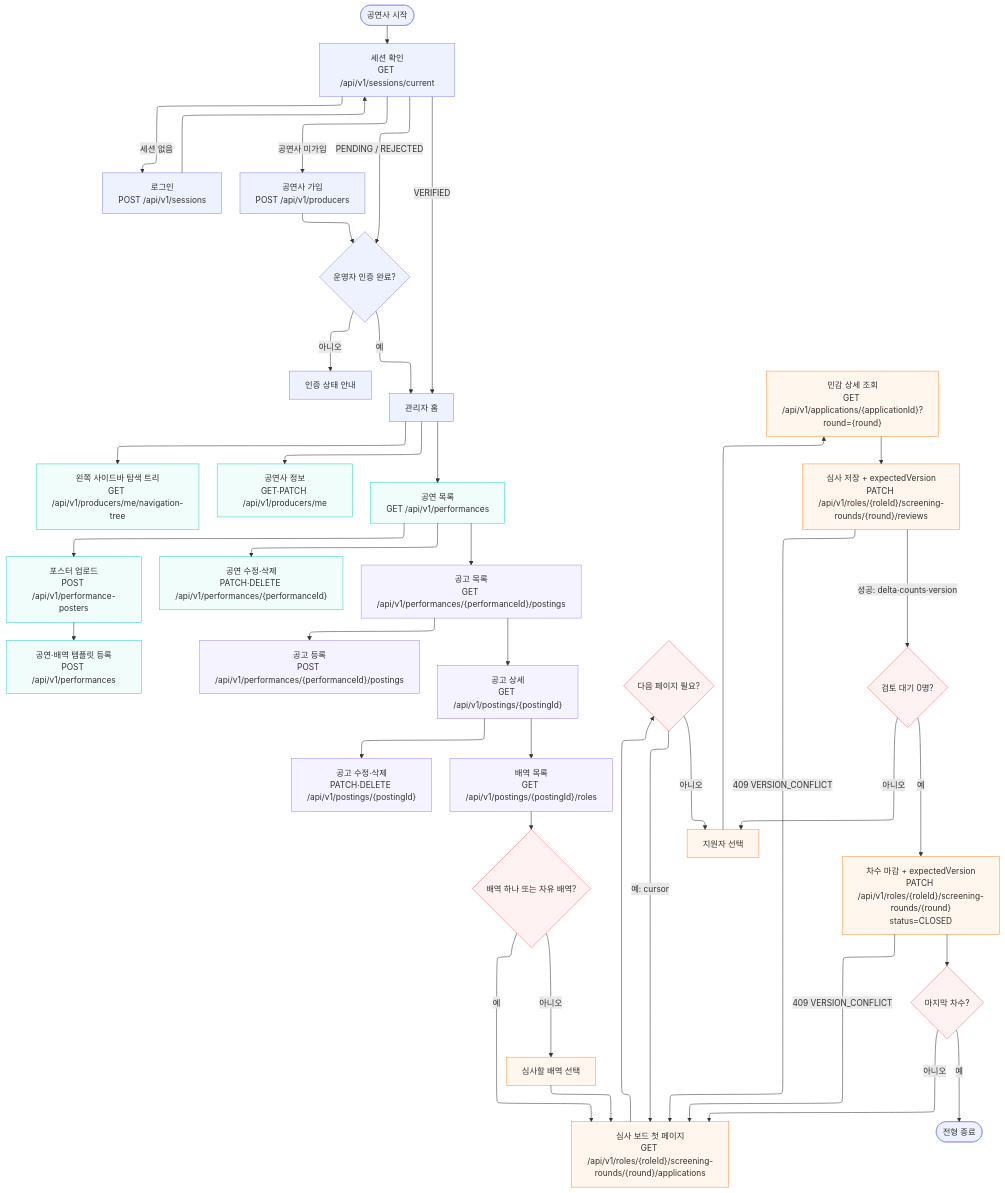
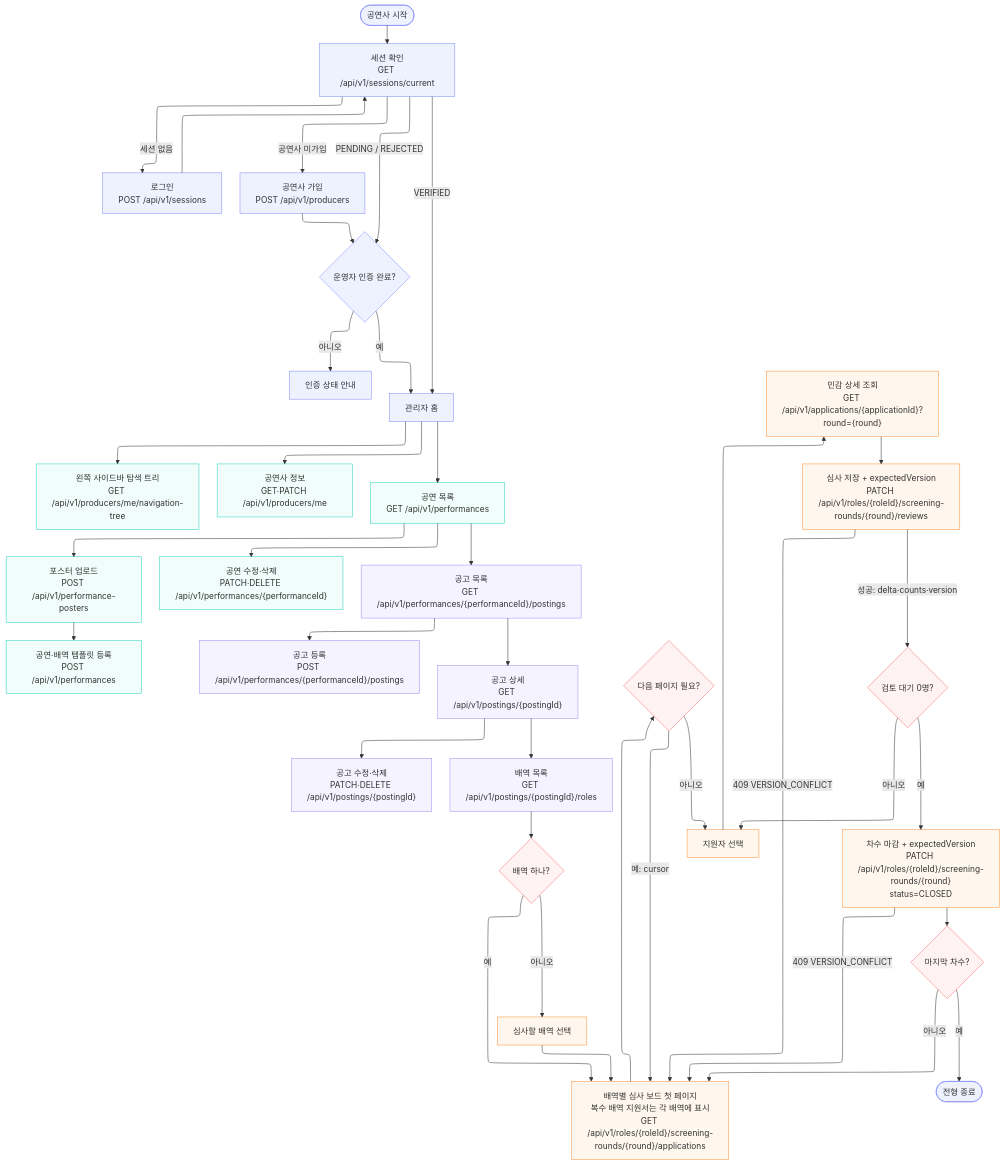
Before and after one commit to woowacourse-teams/2026-yesulin: the diagram in docs/flowchart/producer.mmd, drawn with Mermaid. The commit also changed 16 other files, not shown here.

```diff
--- a/docs/flowchart/producer.mmd
+++ b/docs/flowchart/producer.mmd
@@ -1,71 +1,71 @@
 ---
 config:
   layout: elk
 ---
 flowchart TB
     START(["공연사 시작"]) --> SESSION["세션 확인<br>GET /api/v1/sessions/current"]
     SESSION -- 세션 없음 --> LOGIN["로그인<br>POST /api/v1/sessions"]
     LOGIN --> SESSION
     SESSION -- 공연사 미가입 --> SIGNUP["공연사 가입<br>POST /api/v1/producers"]
     SIGNUP --> VERIFY{"운영자 인증 완료?"}
     SESSION -- PENDING / REJECTED --> VERIFY
     VERIFY -- 아니오 --> WAIT["인증 상태 안내"]
     VERIFY -- 예 --> HOME["관리자 홈"]
     SESSION -- VERIFIED --> HOME
     HOME --> NAV["왼쪽 사이드바 탐색 트리<br>GET /api/v1/producers/me/navigation-tree"] & PROFILE["공연사 정보<br>GET·PATCH /api/v1/producers/me"] & PERF["공연 목록<br>GET /api/v1/performances"]
     PERF --> NEW_PERF["포스터 업로드<br>POST /api/v1/performance-posters"] & EDIT_PERF["공연 수정·삭제<br>PATCH·DELETE /api/v1/performances/{performanceId}"] & POSTINGS["공고 목록<br>GET /api/v1/performances/{performanceId}/postings"]
     NEW_PERF --> CREATE_PERF["공연·배역 템플릿 등록<br>POST /api/v1/performances"]
     POSTINGS --> CREATE_POSTING["공고 등록<br>POST /api/v1/performances/{performanceId}/postings"] & POSTING_DETAIL["공고 상세<br>GET /api/v1/postings/{postingId}"]
     POSTING_DETAIL --> EDIT_POSTING["공고 수정·삭제<br>PATCH·DELETE /api/v1/postings/{postingId}"] & ROLES["배역 목록<br>GET /api/v1/postings/{postingId}/roles"]
-    ROLES --> SOLE{"배역 하나 또는 자유 배역?"}
-    SOLE -- 예 --> BOARD["심사 보드 첫 페이지<br>GET /api/v1/roles/{roleId}/screening-rounds/{round}/applications"]
+    ROLES --> SOLE{"배역 하나?"}
+    SOLE -- 예 --> BOARD["배역별 심사 보드 첫 페이지<br>복수 배역 지원서는 각 배역에 표시<br>GET /api/v1/roles/{roleId}/screening-rounds/{round}/applications"]
     SOLE -- 아니오 --> CHOOSE_ROLE["심사할 배역 선택"]
     CHOOSE_ROLE --> BOARD
     BOARD --> MORE{"다음 페이지 필요?"}
     MORE -- 예: cursor --> BOARD
     MORE -- 아니오 --> SELECT["지원자 선택"]
     SELECT --> APP_DETAIL["민감 상세 조회<br>GET /api/v1/applications/{applicationId}?round={round}"]
     APP_DETAIL --> REVIEW["심사 저장 + expectedVersion<br>PATCH /api/v1/roles/{roleId}/screening-rounds/{round}/reviews"]
     REVIEW -- 409 VERSION_CONFLICT --> BOARD
     REVIEW -- 성공: delta·counts·version --> DONE{"검토 대기 0명?"}
     DONE -- 아니오 --> SELECT
     DONE -- 예 --> CLOSE["차수 마감 + expectedVersion<br>PATCH /api/v1/roles/{roleId}/screening-rounds/{round}<br>status=CLOSED"]
     CLOSE -- 409 VERSION_CONFLICT --> BOARD
     CLOSE --> LAST{"마지막 차수?"}
     LAST -- 아니오 --> BOARD
     LAST -- 예 --> FINISH(["전형 종료"])
 
     START:::authNode
     SESSION:::authNode
     LOGIN:::authNode
     SIGNUP:::authNode
     VERIFY:::authNode
     WAIT:::authNode
     HOME:::authNode
     NAV:::perfNode
     PROFILE:::perfNode
     PERF:::perfNode
     NEW_PERF:::perfNode
     EDIT_PERF:::perfNode
     POSTINGS:::postingNode
     CREATE_PERF:::perfNode
     CREATE_POSTING:::postingNode
     POSTING_DETAIL:::postingNode
     EDIT_POSTING:::postingNode
     ROLES:::postingNode
     SOLE:::decisionNode
     BOARD:::screeningNode
     CHOOSE_ROLE:::screeningNode
     MORE:::decisionNode
     SELECT:::screeningNode
     APP_DETAIL:::screeningNode
     REVIEW:::screeningNode
     DONE:::decisionNode
     CLOSE:::screeningNode
     LAST:::decisionNode
     FINISH:::authNode
     classDef authNode stroke:#818cf8,fill:#eef2ff
     classDef perfNode stroke:#2dd4bf,fill:#f0fdfa
     classDef postingNode stroke:#a78bfa,fill:#f5f3ff
     classDef screeningNode stroke:#fb923c,fill:#fff7ed
     classDef decisionNode stroke:#f87171,fill:#fef2f2
```
